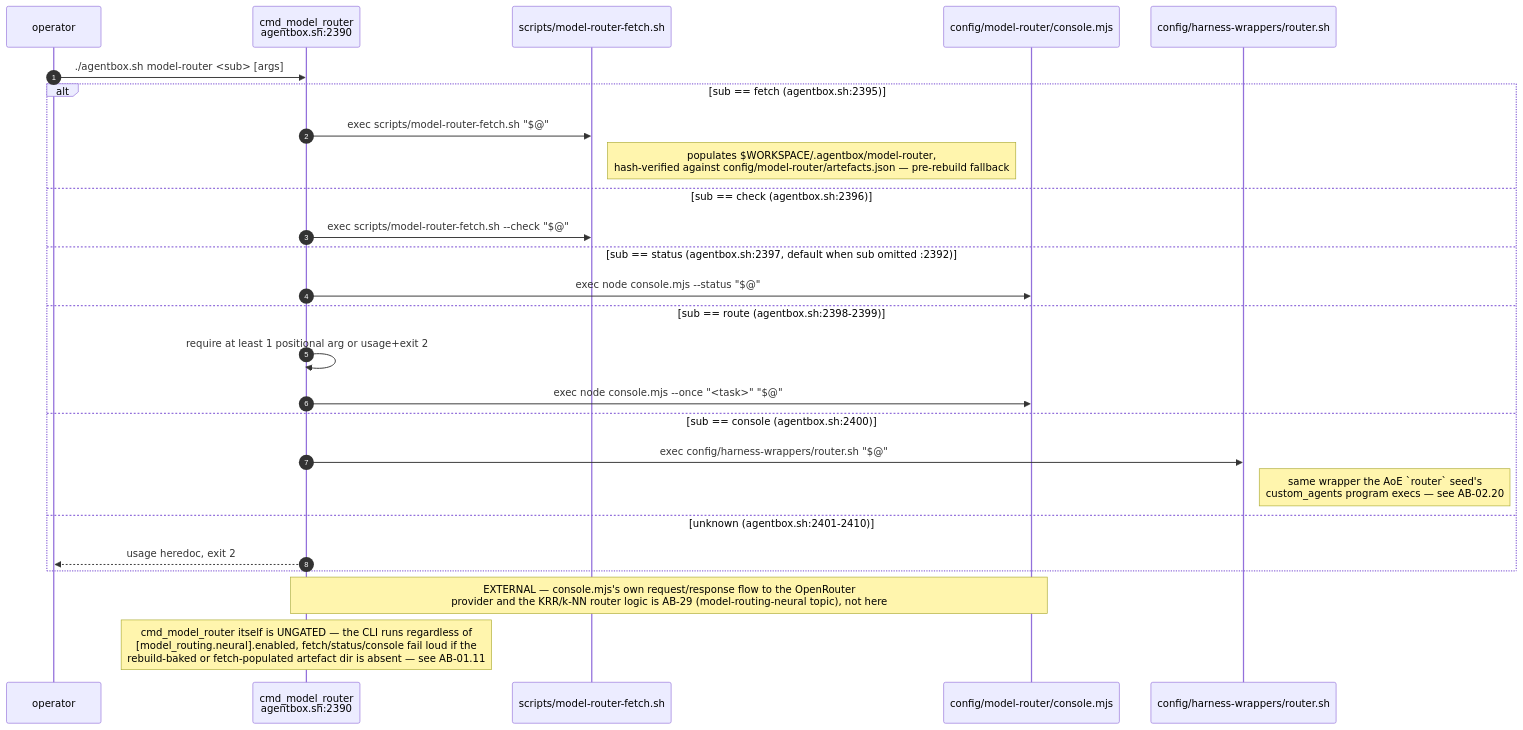
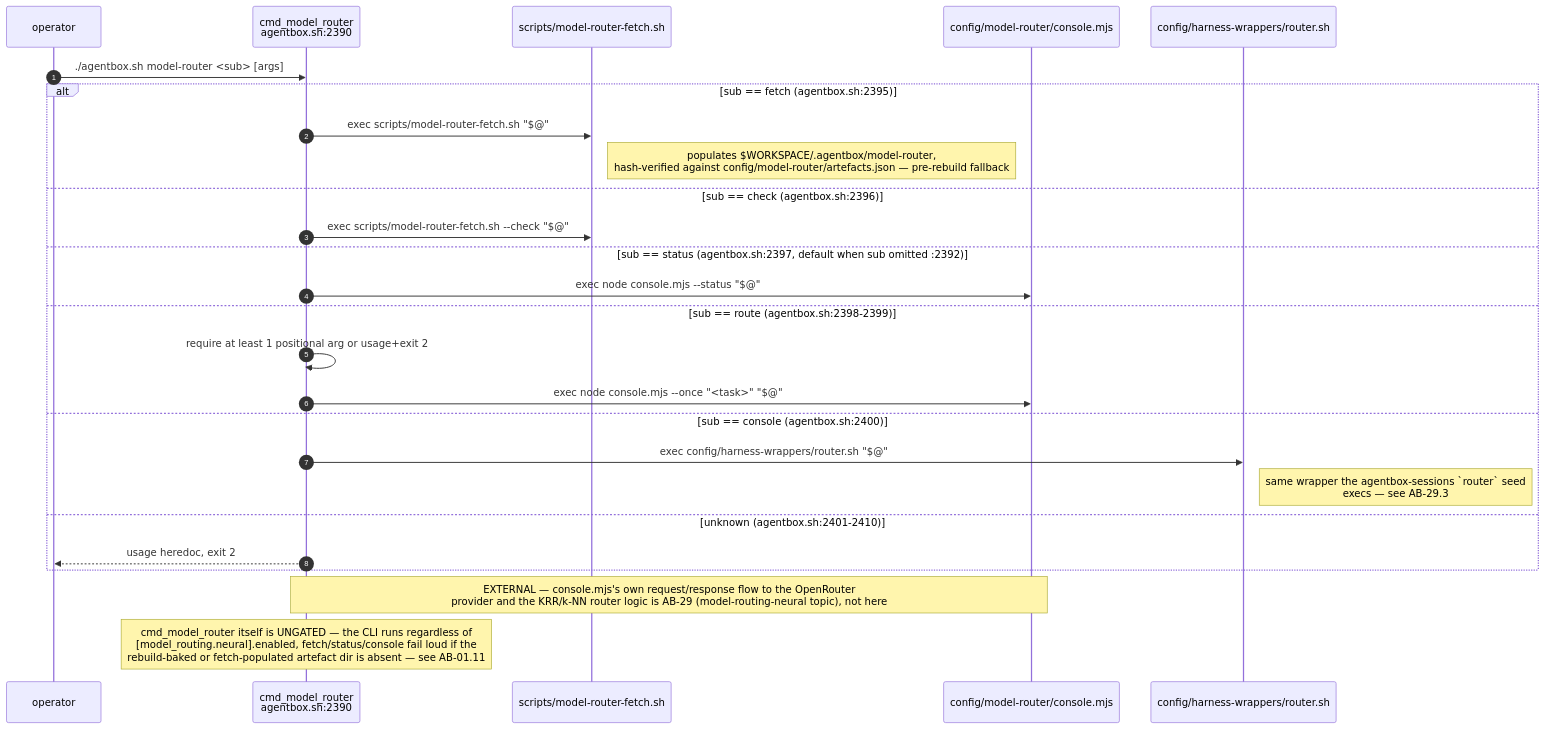
One commit to DreamLab-AI/VisionFlow changed diagram 11 of 16 in docs/diagrams/agentbox/05-manifest-gates-and-cli.md. Above: the diagram before and after it, drawn with Mermaid. The commit also changed other lines of this file and 145 other files, not shown here.

````diff
--- a/docs/diagrams/agentbox/05-manifest-gates-and-cli.md
+++ b/docs/diagrams/agentbox/05-manifest-gates-and-cli.md
@@ -351,30 +357,30 @@
 ```mermaid
 sequenceDiagram
     autonumber
     participant OP as operator
     participant AB as cmd_model_router<br/>agentbox.sh:2390
     participant FETCH as scripts/model-router-fetch.sh
     participant CONSOLE as config/model-router/console.mjs
     participant WRAP as config/harness-wrappers/router.sh
 
     OP->>AB: ./agentbox.sh model-router <sub> [args]
     alt sub == fetch (agentbox.sh:2395)
         AB->>FETCH: exec scripts/model-router-fetch.sh "$@"
         Note right of FETCH: populates $WORKSPACE/.agentbox/model-router,<br/>hash-verified against config/model-router/artefacts.json — pre-rebuild fallback
     else sub == check (agentbox.sh:2396)
         AB->>FETCH: exec scripts/model-router-fetch.sh --check "$@"
     else sub == status (agentbox.sh:2397, default when sub omitted :2392)
         AB->>CONSOLE: exec node console.mjs --status "$@"
     else sub == route (agentbox.sh:2398-2399)
         AB->>AB: require at least 1 positional arg or usage+exit 2
         AB->>CONSOLE: exec node console.mjs --once "<task>" "$@"
     else sub == console (agentbox.sh:2400)
         AB->>WRAP: exec config/harness-wrappers/router.sh "$@"
-        Note right of WRAP: same wrapper the AoE `router` seed's<br/>custom_agents program execs — see AB-02.20
+        Note right of WRAP: same wrapper the agentbox-sessions `router` seed<br/>execs — see AB-29.3
     else unknown (agentbox.sh:2401-2410)
         AB-->>OP: usage heredoc, exit 2
     end
 
     Note over AB,CONSOLE: EXTERNAL — console.mjs's own request/response flow to the OpenRouter<br/>provider and the KRR/k-NN router logic is AB-29 (model-routing-neural topic), not here
     Note over AB: cmd_model_router itself is UNGATED — the CLI runs regardless of<br/>[model_routing.neural].enabled, fetch/status/console fail loud if the<br/>rebuild-baked or fetch-populated artefact dir is absent — see AB-01.11
 ```
````
